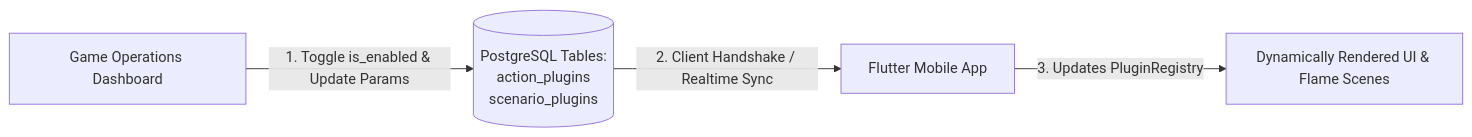
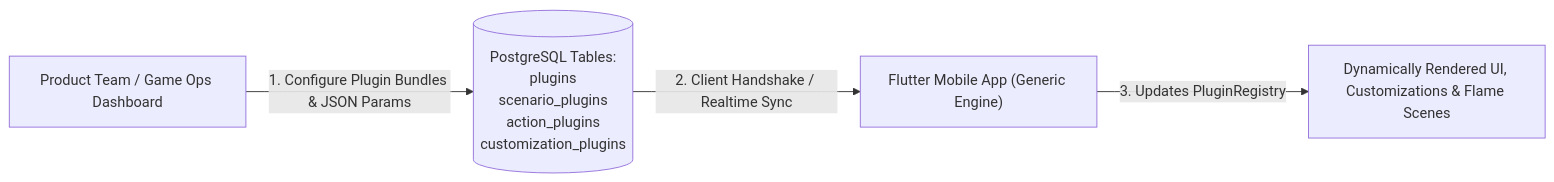
Before and after one commit to TheMrCorvy/HATCH.REF: the diagram in Documentation/Plugins/05-backend-control-and-schemas.md, drawn with Mermaid. The commit also changed other lines of this file and 55 other files, not shown here.

````diff
--- a/Documentation/Plugins/05-backend-control-and-schemas.md
+++ b/Documentation/Plugins/05-backend-control-and-schemas.md
@@ -15,6 +15,6 @@
 ```mermaid
 flowchart LR
-    Manager["Game Operations Dashboard"] -->|1. Toggle is_enabled & Update Params| DB[(PostgreSQL Tables:\naction_plugins\nscenario_plugins)]
-    DB -->|2. Client Handshake / Realtime Sync| Client["Flutter Mobile App"]
-    Client -->|3. Updates PluginRegistry| UI["Dynamically Rendered UI & Flame Scenes"]
+    Manager["Product Team / Game Ops Dashboard"] -->|1. Configure Plugin Bundles & JSON Params| DB[(PostgreSQL Tables:\nplugins\nscenario_plugins\naction_plugins\ncustomization_plugins)]
+    DB -->|2. Client Handshake / Realtime Sync| Client["Flutter Mobile App (Generic Engine)"]
+    Client -->|3. Updates PluginRegistry| UI["Dynamically Rendered UI, Customizations & Flame Scenes"]
 ```
````
